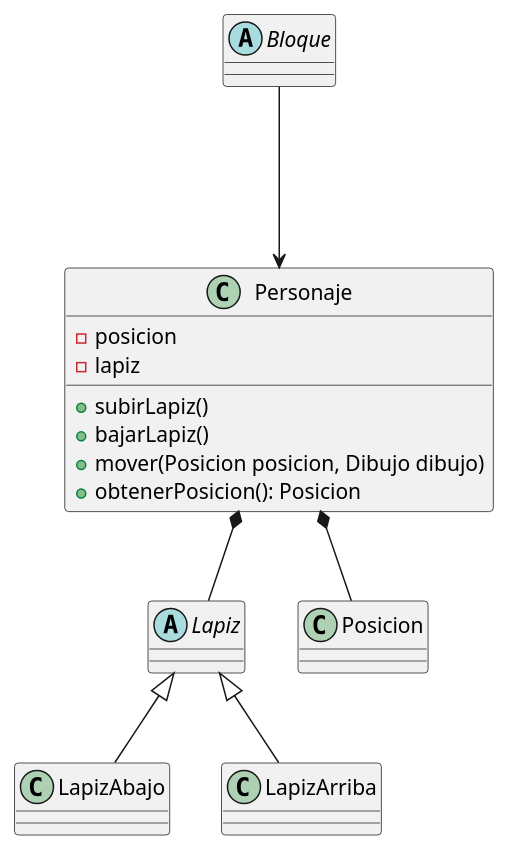
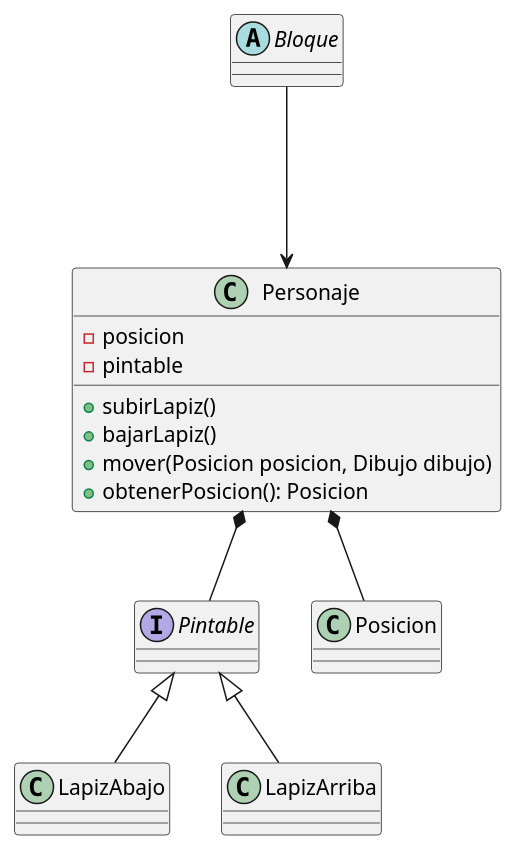
The diagram in diagramas/DiagramaDeClases_Personaje.puml (alopezbizon/T2-ALGO3-TP2), drawn with PlantUML before and after one commit. The commit also changed 9 other files, not shown here.

Commit message:
Replace Lapiz (abstract class) by Pintable (interface).

```diff
--- a/diagramas/DiagramaDeClases_Personaje.puml
+++ b/diagramas/DiagramaDeClases_Personaje.puml
@@ -1,23 +1,23 @@
 @startuml
 
 Class Personaje{
     -posicion
-    -lapiz
+    -pintable
     +subirLapiz()
     +bajarLapiz()
     +mover(Posicion posicion, Dibujo dibujo)
     +obtenerPosicion(): Posicion
 }
 
 Abstract Class Bloque{}
-Abstract Class Lapiz{}
+Interface Pintable{}
 
 Bloque ---> Personaje
 
-Personaje *-- Lapiz
+Personaje *-- Pintable
 Personaje *-- Posicion
 
-Lapiz <|-- LapizAbajo
-Lapiz <|-- LapizArriba
+Pintable <|-- LapizAbajo
+Pintable <|-- LapizArriba
 
 @enduml
```
